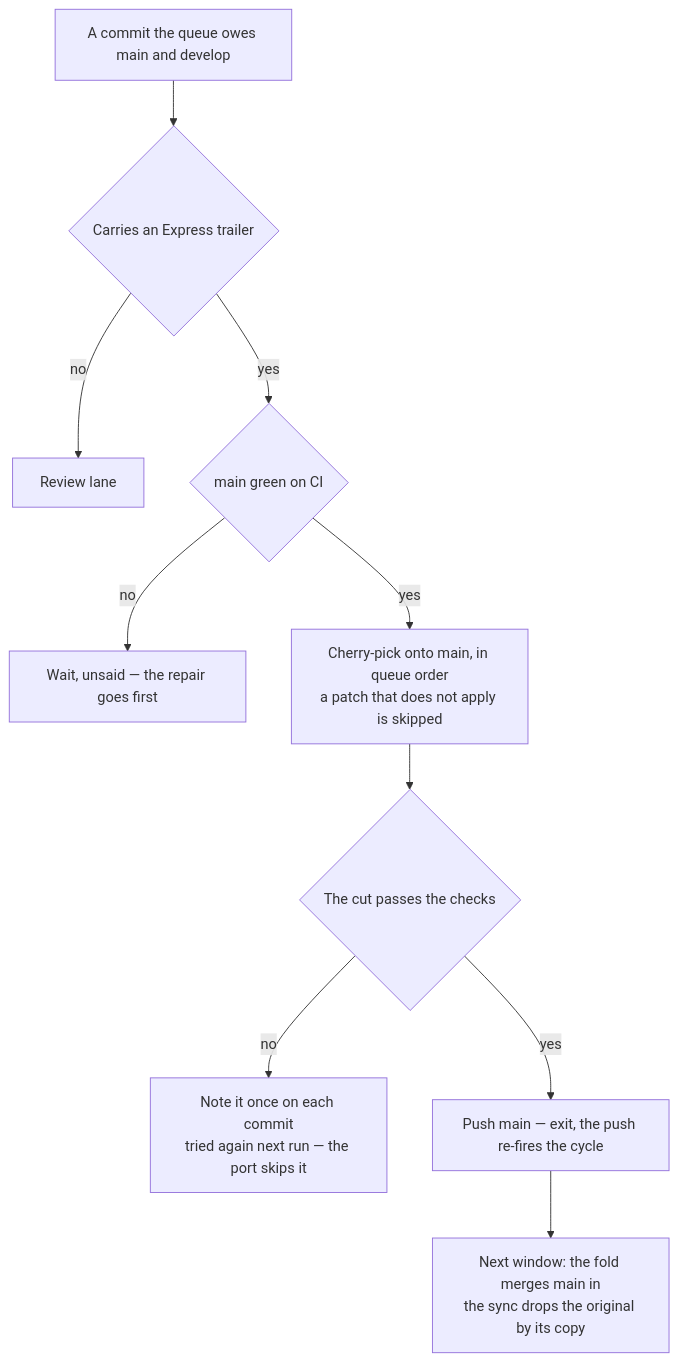
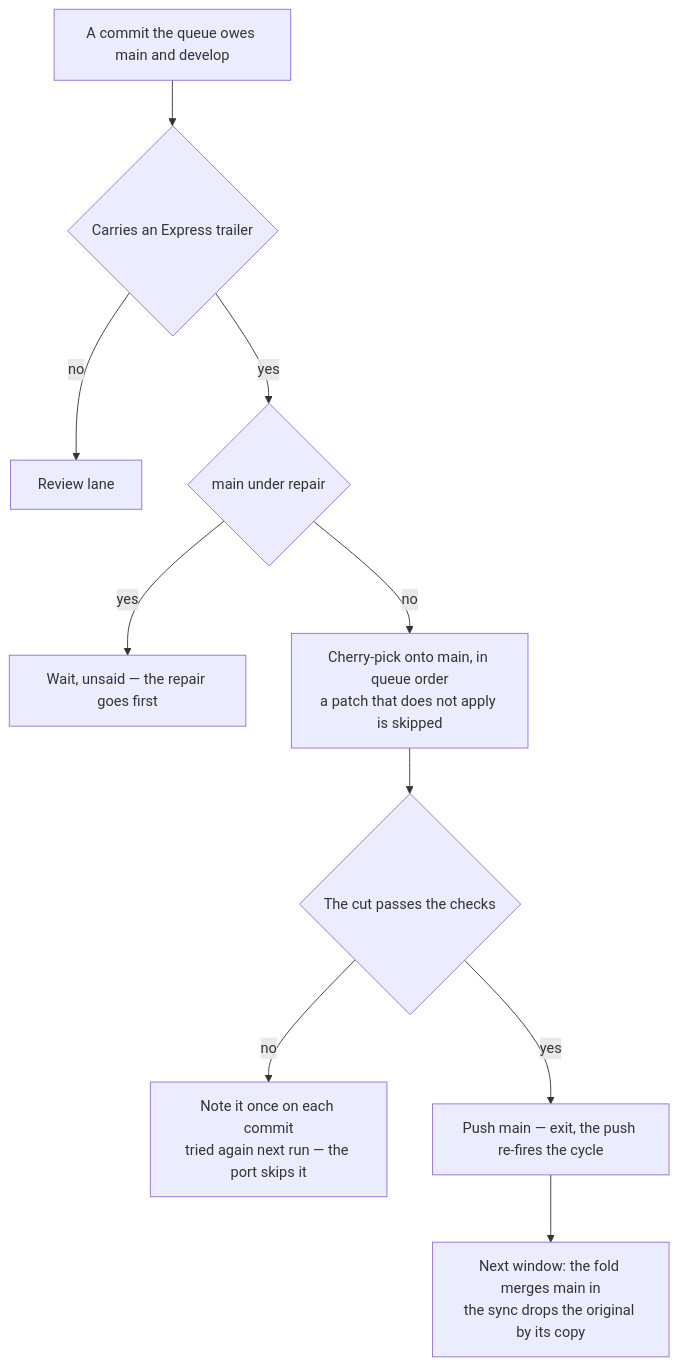
One commit to Esposter/Esposter changed the diagram in apps/web/content/docs/infra/review-collector/express-lane.md. Above: the diagram before and after it, drawn with Mermaid. The commit also changed other lines of this file and 6 other files, not shown here.

````diff
--- a/apps/web/content/docs/infra/review-collector/express-lane.md
+++ b/apps/web/content/docs/infra/review-collector/express-lane.md
@@ -19,12 +19,12 @@
 ```mermaid
 flowchart TD
   C[A commit the queue owes main and develop] --> T{Carries an Express trailer}
   T -->|no| RV[Review lane]
-  T -->|yes| MR{main green on CI}
-  MR -->|no| W[Wait, unsaid — the repair goes first]
-  MR -->|yes| EX[Cherry-pick onto main, in queue order<br/>a patch that does not apply is skipped]
+  T -->|yes| MR{main under repair}
+  MR -->|yes| W[Wait, unsaid — the repair goes first]
+  MR -->|no| EX[Cherry-pick onto main, in queue order<br/>a patch that does not apply is skipped]
   EX --> V{The cut passes the checks}
   V -->|no| RD[Note it once on each commit<br/>tried again next run — the port skips it]
   V -->|yes| PU[Push main — exit, the push re-fires the cycle]
   PU --> FO[Next window: the fold merges main in<br/>the sync drops the original by its copy]
 ```
````
